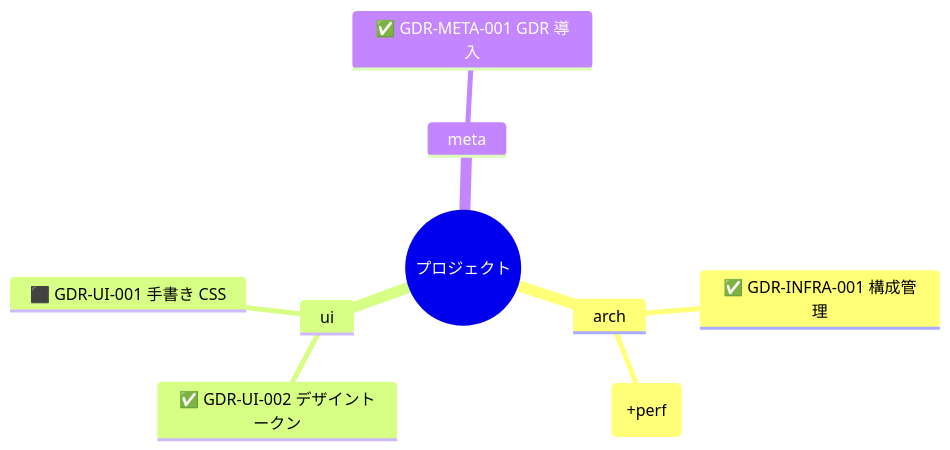
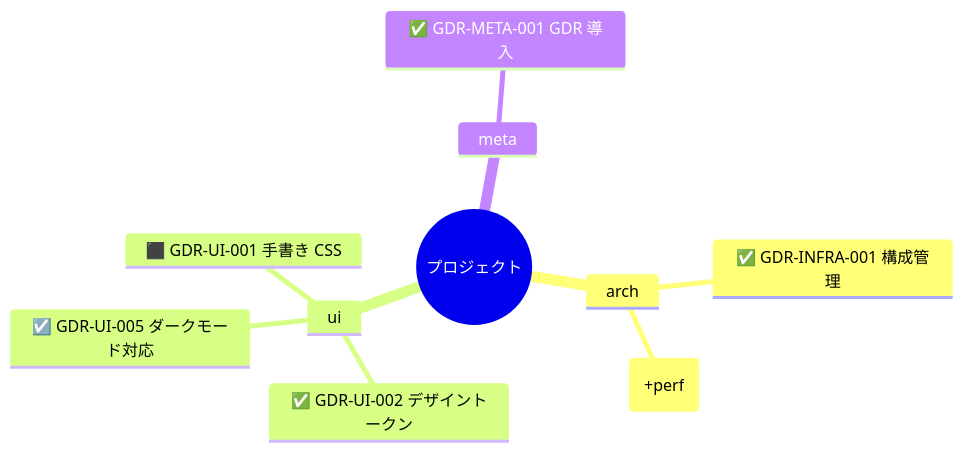
Before and after one commit to yoshinag/general-decision-record: the first of 2 diagrams in docs/ja/01_GDR/guide/06_VISUALIZATION_GUIDE.md, drawn with Mermaid. The commit also changed other lines of this file, not shown here.

````diff
--- a/docs/ja/01_GDR/guide/06_VISUALIZATION_GUIDE.md
+++ b/docs/ja/01_GDR/guide/06_VISUALIZATION_GUIDE.md
@@ -30,12 +30,13 @@
 ```mermaid
 mindmap
   root((プロジェクト))
     arch
       ✅ GDR-INFRA-001 構成管理
       🔷 GDR-INFRA-003 Redis 統一 (+perf)
     ui
       ✅ GDR-UI-002 デザイントークン
+      ☑️ GDR-UI-005 ダークモード対応
       ⬛ GDR-UI-001 手書き CSS
     meta
       ✅ GDR-META-001 GDR 導入
 ```
````
